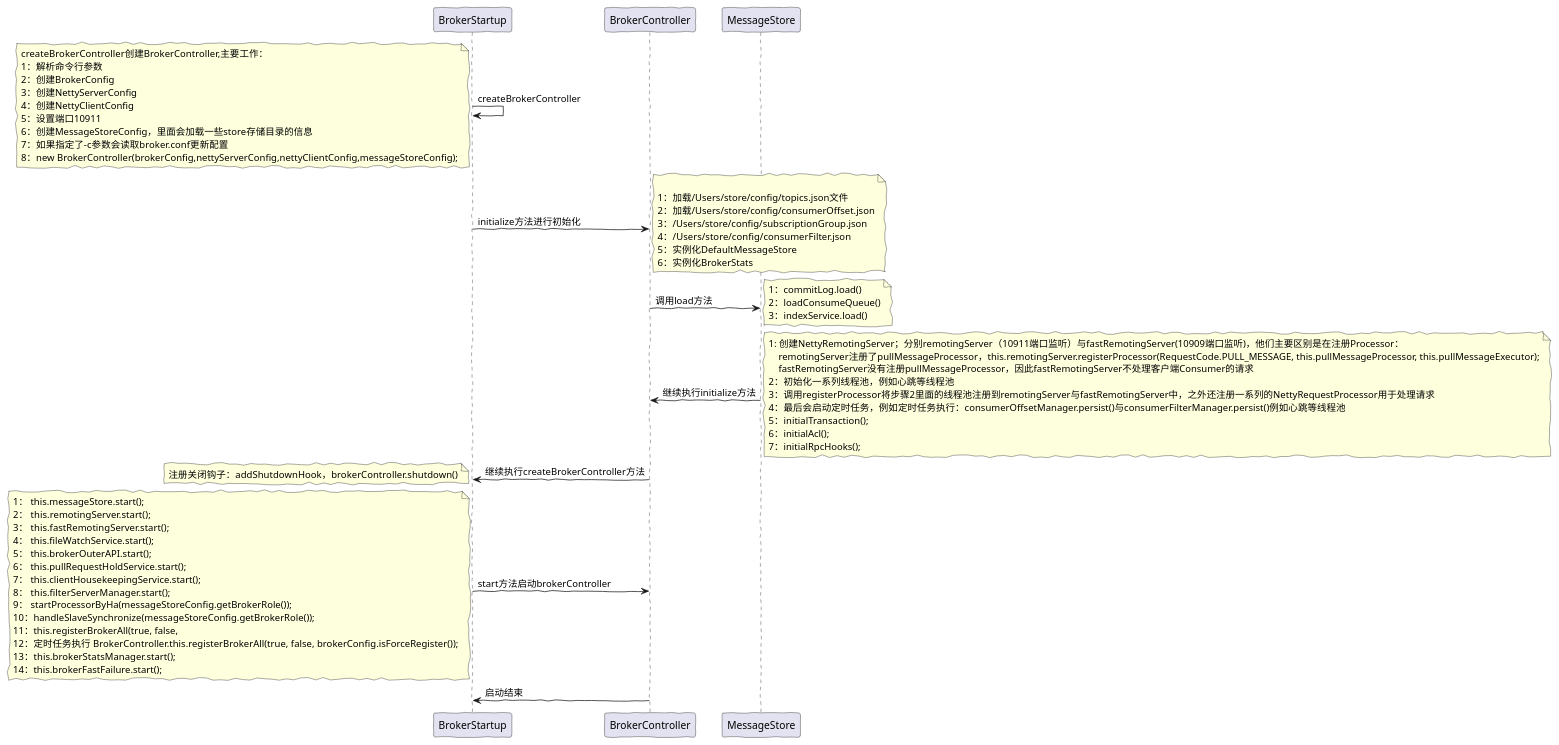
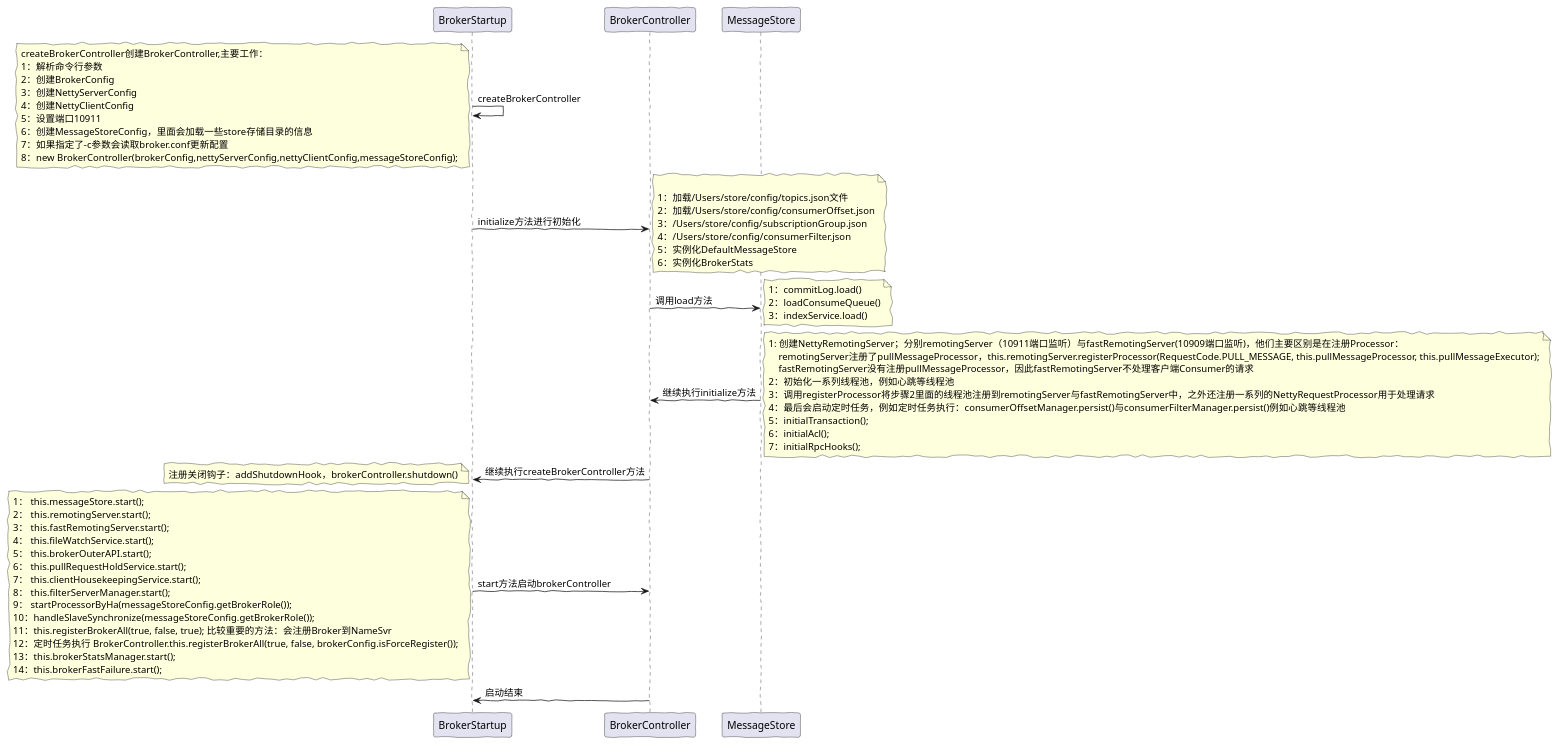
The diagram in broker/uml/broker.puml (javartisan/rocketmq), drawn with PlantUML before and after one commit. The commit also changed 2 other files, not shown here.

```diff
--- a/broker/uml/broker.puml
+++ b/broker/uml/broker.puml
@@ -1,74 +1,74 @@
 @startuml
 'https://plantuml.com/sequence-diagram
 
 skinparam handwritten true
 
 BrokerStartup -> BrokerStartup : createBrokerController
 note left
 createBrokerController创建BrokerController,主要工作：
 1：解析命令行参数
 2：创建BrokerConfig
 3：创建NettyServerConfig
 4：创建NettyClientConfig
 5：设置端口10911
 6：创建MessageStoreConfig，里面会加载一些store存储目录的信息
 7：如果指定了-c参数会读取broker.conf更新配置
 8：new BrokerController(brokerConfig,nettyServerConfig,nettyClientConfig,messageStoreConfig);
 end note
 BrokerStartup -> BrokerController :initialize方法进行初始化
 note right
 
 1：加载/Users/store/config/topics.json文件
 2：加载/Users/store/config/consumerOffset.json
 3：/Users/store/config/subscriptionGroup.json
 4：/Users/store/config/consumerFilter.json
 5：实例化DefaultMessageStore
 6：实例化BrokerStats
 end note
 
 BrokerController -> MessageStore : 调用load方法
 note right
 1：commitLog.load()
 2：loadConsumeQueue()
 3：indexService.load()
 end note
 
 MessageStore -> BrokerController :继续执行initialize方法
 note  right
 1: 创建NettyRemotingServer；分别remotingServer（10911端口监听）与fastRemotingServer(10909端口监听)，他们主要区别是在注册Processor：
     remotingServer注册了pullMessageProcessor，this.remotingServer.registerProcessor(RequestCode.PULL_MESSAGE, this.pullMessageProcessor, this.pullMessageExecutor);
     fastRemotingServer没有注册pullMessageProcessor，因此fastRemotingServer不处理客户端Consumer的请求
 2：初始化一系列线程池，例如心跳等线程池
 3：调用registerProcessor将步骤2里面的线程池注册到remotingServer与fastRemotingServer中，之外还注册一系列的NettyRequestProcessor用于处理请求
 4：最后会启动定时任务，例如定时任务执行：consumerOffsetManager.persist()与consumerFilterManager.persist()例如心跳等线程池
 5：initialTransaction();
 6：initialAcl();
 7：initialRpcHooks();
 end note
 
 BrokerController -> BrokerStartup: 继续执行createBrokerController方法
 note left
 注册关闭钩子：addShutdownHook，brokerController.shutdown()
 end note
 
 
 BrokerStartup -> BrokerController : start方法启动brokerController
 note left
 1： this.messageStore.start();
 2： this.remotingServer.start();
 3： this.fastRemotingServer.start();
 4： this.fileWatchService.start();
 5： this.brokerOuterAPI.start();
 6： this.pullRequestHoldService.start();
 7： this.clientHousekeepingService.start();
 8： this.filterServerManager.start();
 9： startProcessorByHa(messageStoreConfig.getBrokerRole());
 10：handleSlaveSynchronize(messageStoreConfig.getBrokerRole());
-11：this.registerBrokerAll(true, false,
+11：this.registerBrokerAll(true, false, true); 比较重要的方法：会注册Broker到NameSvr
 12：定时任务执行 BrokerController.this.registerBrokerAll(true, false, brokerConfig.isForceRegister());
 13：this.brokerStatsManager.start();
 14：this.brokerFastFailure.start();
 end note
 
 BrokerController -> BrokerStartup: 启动结束
 @enduml
```
